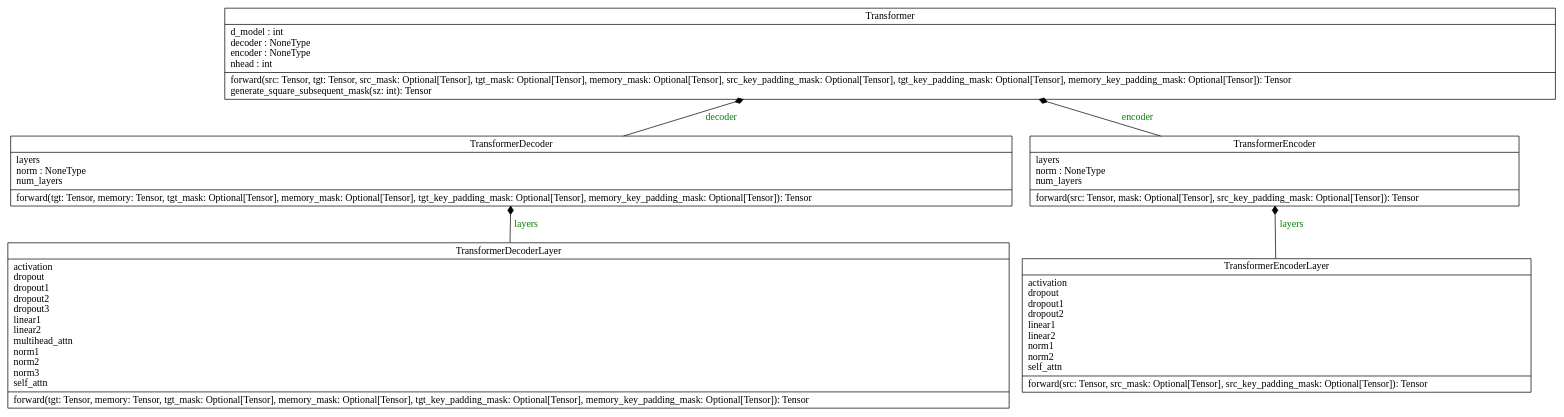
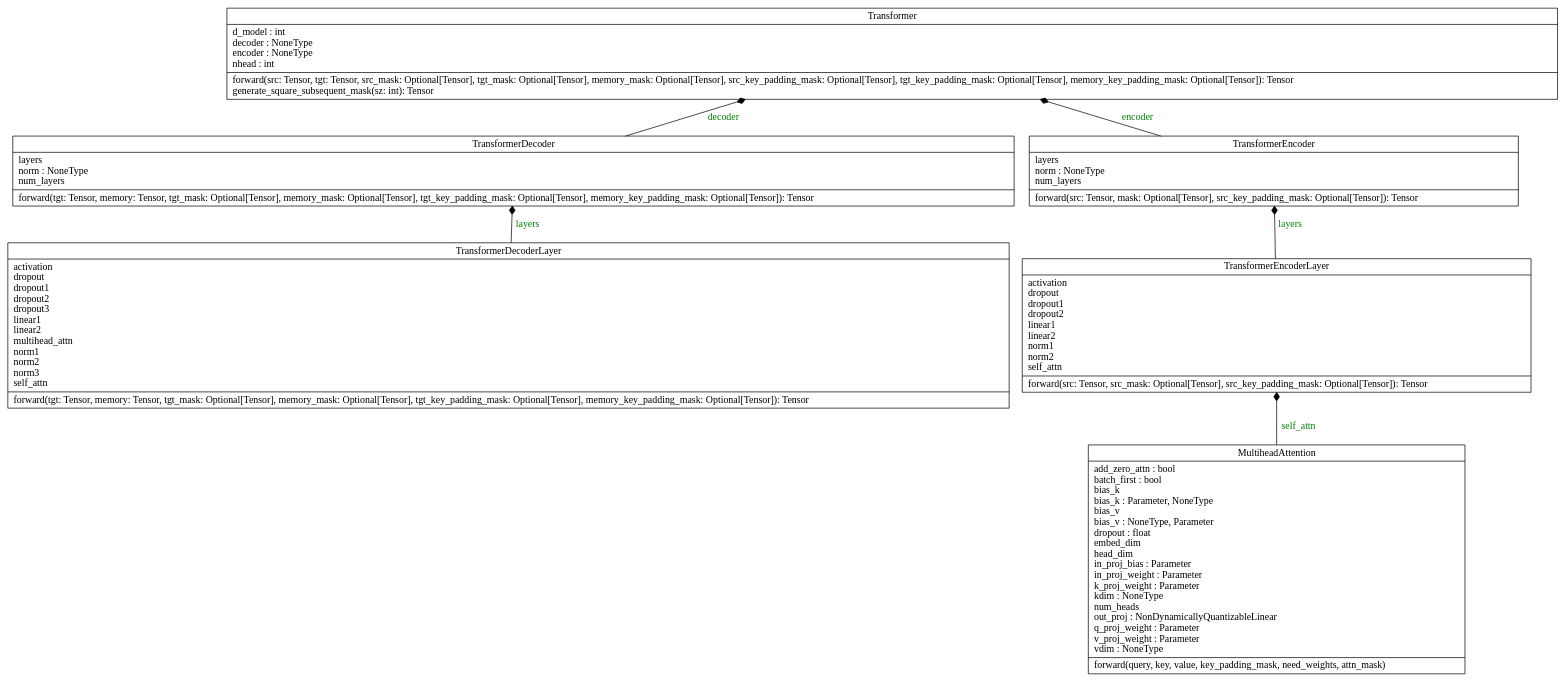
One commit to pangyouzhen/learn_code changed the diagram in readding/torch_transformes/classes.dot. Above: the diagram before and after it, drawn with Graphviz. The commit also changed 1 other file, not shown here.

```diff
--- a/readding/torch_transformes/classes.dot
+++ b/readding/torch_transformes/classes.dot
@@ -1,13 +1,15 @@
 digraph "classes" {
 charset="utf-8"
 rankdir=BT
 "0" [label="{Transformer|d_model : int\ldecoder : NoneType\lencoder : NoneType\lnhead : int\l|forward(src: Tensor, tgt: Tensor, src_mask: Optional[Tensor], tgt_mask: Optional[Tensor], memory_mask: Optional[Tensor], src_key_padding_mask: Optional[Tensor], tgt_key_padding_mask: Optional[Tensor], memory_key_padding_mask: Optional[Tensor]): Tensor\lgenerate_square_subsequent_mask(sz: int): Tensor\l}", shape="record"];
 "1" [label="{TransformerDecoder|layers\lnorm : NoneType\lnum_layers\l|forward(tgt: Tensor, memory: Tensor, tgt_mask: Optional[Tensor], memory_mask: Optional[Tensor], tgt_key_padding_mask: Optional[Tensor], memory_key_padding_mask: Optional[Tensor]): Tensor\l}", shape="record"];
 "2" [label="{TransformerDecoderLayer|activation\ldropout\ldropout1\ldropout2\ldropout3\llinear1\llinear2\lmultihead_attn\lnorm1\lnorm2\lnorm3\lself_attn\l|forward(tgt: Tensor, memory: Tensor, tgt_mask: Optional[Tensor], memory_mask: Optional[Tensor], tgt_key_padding_mask: Optional[Tensor], memory_key_padding_mask: Optional[Tensor]): Tensor\l}", shape="record"];
 "3" [label="{TransformerEncoder|layers\lnorm : NoneType\lnum_layers\l|forward(src: Tensor, mask: Optional[Tensor], src_key_padding_mask: Optional[Tensor]): Tensor\l}", shape="record"];
 "4" [label="{TransformerEncoderLayer|activation\ldropout\ldropout1\ldropout2\llinear1\llinear2\lnorm1\lnorm2\lself_attn\l|forward(src: Tensor, src_mask: Optional[Tensor], src_key_padding_mask: Optional[Tensor]): Tensor\l}", shape="record"];
+"5" [label="{MultiheadAttention|add_zero_attn : bool\lbatch_first : bool\lbias_k\lbias_k : Parameter, NoneType\lbias_v\lbias_v : NoneType, Parameter\ldropout : float\lembed_dim\lhead_dim\lin_proj_bias : Parameter\lin_proj_weight : Parameter\lk_proj_weight : Parameter\lkdim : NoneType\lnum_heads\lout_proj : NonDynamicallyQuantizableLinear\lq_proj_weight : Parameter\lv_proj_weight : Parameter\lvdim : NoneType\l|forward(query, key, value, key_padding_mask, need_weights, attn_mask)\l}", shape="record"];
 "1" -> "0" [arrowhead="diamond", arrowtail="none", fontcolor="green", label="decoder", style="solid"];
 "3" -> "0" [arrowhead="diamond", arrowtail="none", fontcolor="green", label="encoder", style="solid"];
 "2" -> "1" [arrowhead="diamond", arrowtail="none", fontcolor="green", label="layers", style="solid"];
 "4" -> "3" [arrowhead="diamond", arrowtail="none", fontcolor="green", label="layers", style="solid"];
+"5" -> "4" [arrowhead="diamond", arrowtail="none", fontcolor="green", label="self_attn", style="solid"];
 }
```
